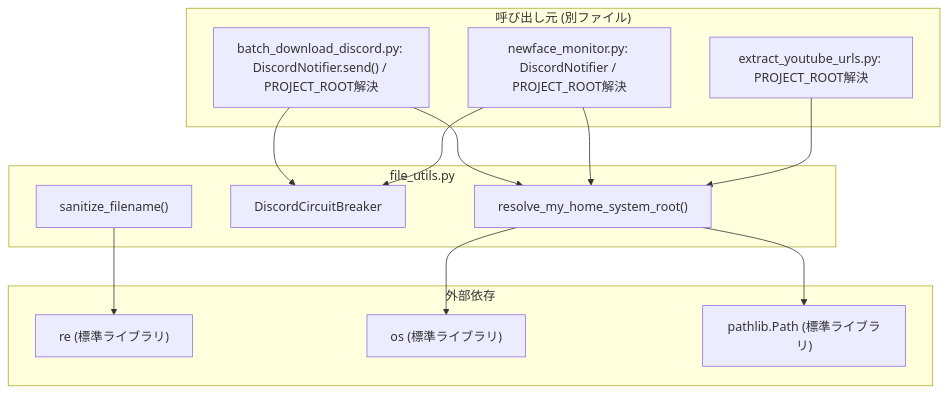
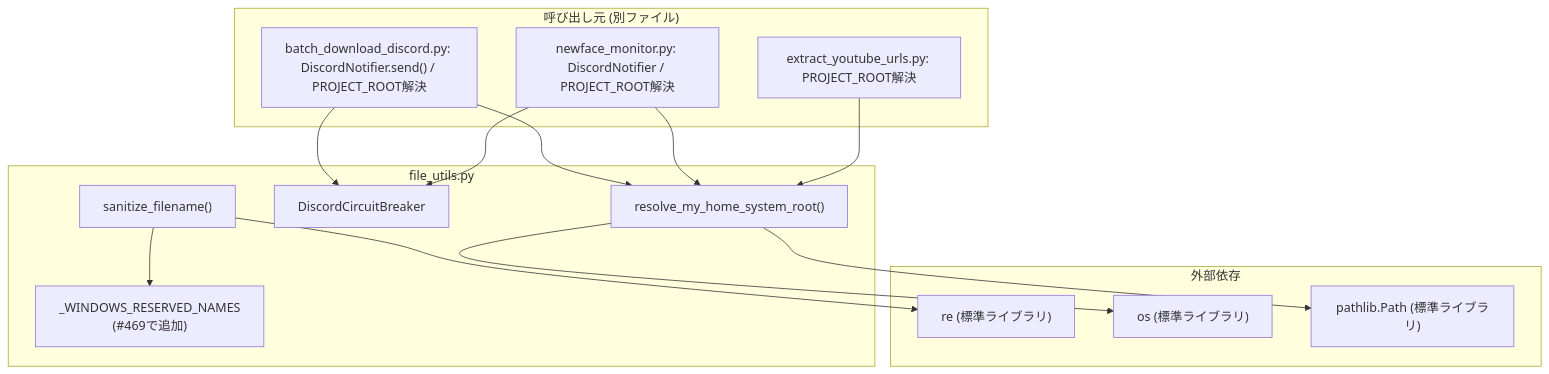
The fourth of 4 diagrams in docs/specifications/DDD/file_utils.md (mmtigers/my_python_project), drawn with Mermaid before and after one commit. The commit also changed other lines of this file and 87 other files, not shown here.

````diff
--- a/docs/specifications/DDD/file_utils.md
+++ b/docs/specifications/DDD/file_utils.md
@@ -157,29 +176,31 @@
 ```mermaid
 graph TD
     subgraph "file_utils.py"
         sanitize_filename["sanitize_filename()"]
+        WindowsReserved["_WINDOWS_RESERVED_NAMES<br>(#469で追加)"]
         DiscordCircuitBreaker["DiscordCircuitBreaker"]
         resolve_my_home_system_root["resolve_my_home_system_root()"]
     end
 
     subgraph "外部依存"
         re_mod["re (標準ライブラリ)"]
         os_mod["os (標準ライブラリ)"]
         pathlib_mod["pathlib.Path (標準ライブラリ)"]
     end
 
     subgraph "呼び出し元 (別ファイル)"
         batch_dl["batch_download_discord.py: DiscordNotifier.send() / PROJECT_ROOT解決"]
         newface["newface_monitor.py: DiscordNotifier / PROJECT_ROOT解決"]
         extract_urls["extract_youtube_urls.py: PROJECT_ROOT解決"]
     end
 
     sanitize_filename --> re_mod
+    sanitize_filename --> WindowsReserved
     resolve_my_home_system_root --> os_mod
     resolve_my_home_system_root --> pathlib_mod
     batch_dl --> DiscordCircuitBreaker
     batch_dl --> resolve_my_home_system_root
     newface --> DiscordCircuitBreaker
     newface --> resolve_my_home_system_root
     extract_urls --> resolve_my_home_system_root
 ```
````
